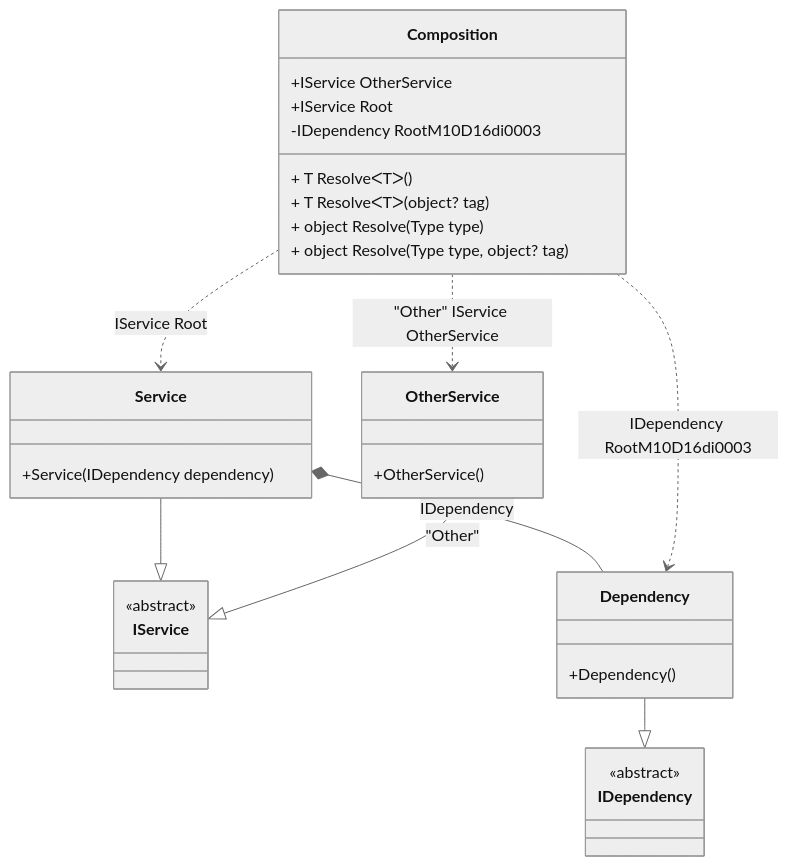
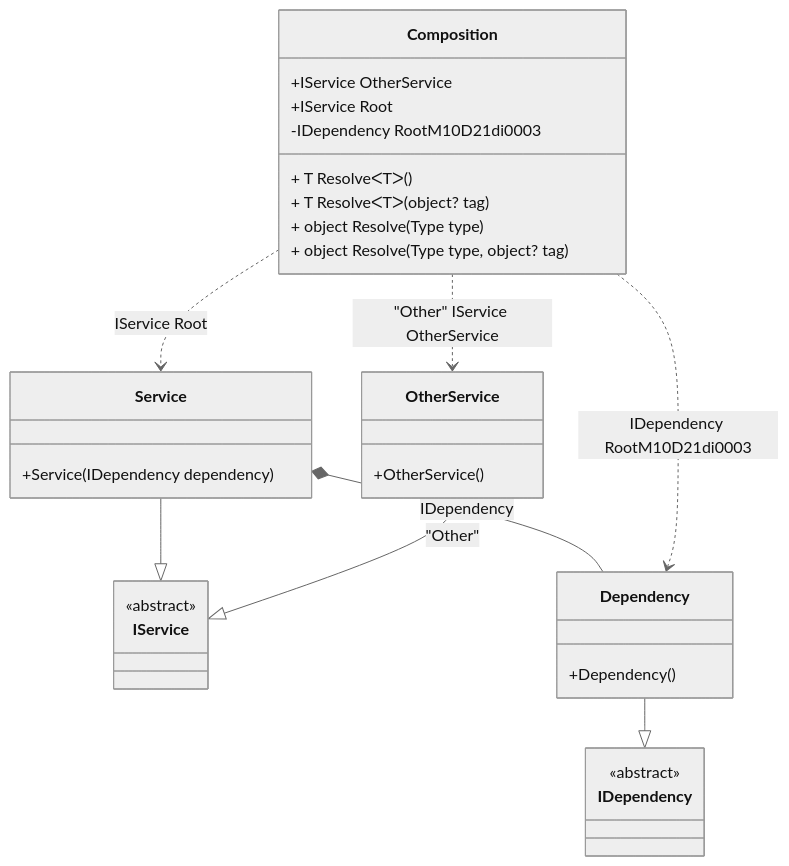
Before and after one commit to DevTeam/Pure.DI: the diagram in readme/composition-roots.md, drawn with Mermaid (neutral theme). The commit also changed other lines of this file and 67 other files, not shown here.

````diff
--- a/readme/composition-roots.md
+++ b/readme/composition-roots.md
@@ -45,34 +45,34 @@
 ```mermaid
 classDiagram
   class Composition {
     +IService OtherService
     +IService Root
-    -IDependency RootM10D16di0003
+    -IDependency RootM10D21di0003
     + T ResolveᐸTᐳ()
     + T ResolveᐸTᐳ(object? tag)
     + object Resolve(Type type)
     + object Resolve(Type type, object? tag)
   }
   Service --|> IService : 
   class Service {
     +Service(IDependency dependency)
   }
   OtherService --|> IService : "Other" 
   class OtherService {
     +OtherService()
   }
   Dependency --|> IDependency : 
   class Dependency {
     +Dependency()
   }
   class IService {
     <<abstract>>
   }
   class IDependency {
     <<abstract>>
   }
   Service *--  Dependency : IDependency
   Composition ..> Service : IService Root
   Composition ..> OtherService : "Other" IService OtherService
-  Composition ..> Dependency : IDependency RootM10D16di0003
+  Composition ..> Dependency : IDependency RootM10D21di0003
 ```
````
